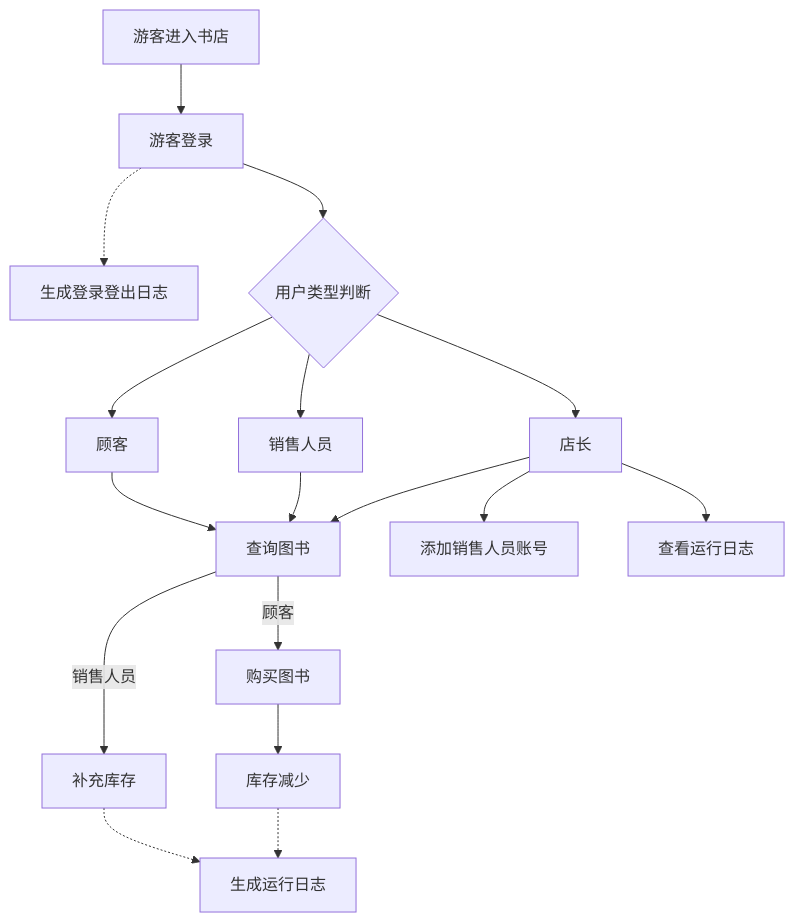
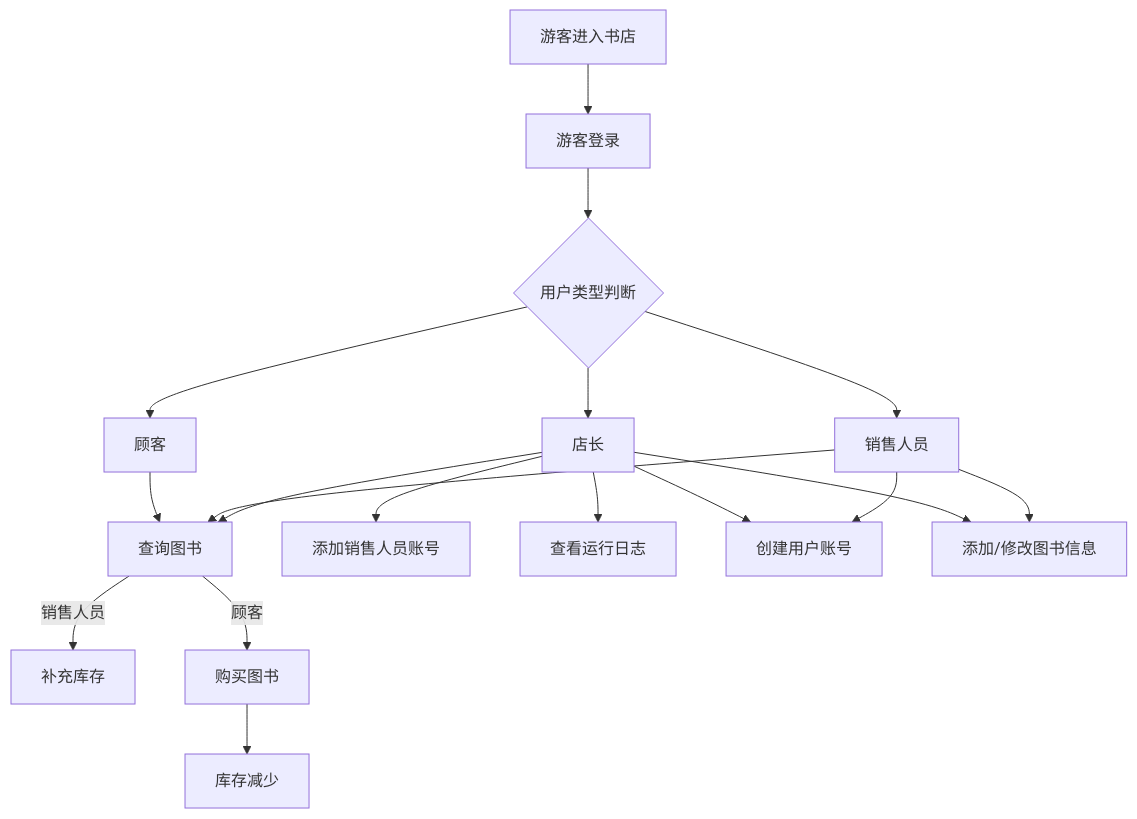
One commit to yuki-cjm/Bookstore-2025 changed the first of 8 diagrams in 需求分析文档.md. Above: the diagram before and after it, drawn with Mermaid. The commit also changed other lines of this file, not shown here.

````diff
--- a/需求分析文档.md
+++ b/需求分析文档.md
@@ -5,24 +5,28 @@
 ```mermaid
 graph TD
     A[游客进入书店]-->B[游客登录]
-    B-.->B1[生成登录登出日志]
     B-->C{用户类型判断}
     C-->D[店长]
     C-->E[销售人员]
     C-->F[顾客]
 
     D-->G[查询图书]
     E-->G
     F-->G
 
     D-->H[添加销售人员账号]
     D-->I[查看运行日志]
 
     G-->|销售人员|J[补充库存]
     G-->|顾客|K[购买图书]
 
     K-->L[库存减少]
 
-    L-.->M[生成运行日志]
-    J-.->M
+    N[创建用户账号]
+    E-->N
+    D-->N
+
+    O[添加/修改图书信息]
+    E-->O
+    D-->O
 ```
````
